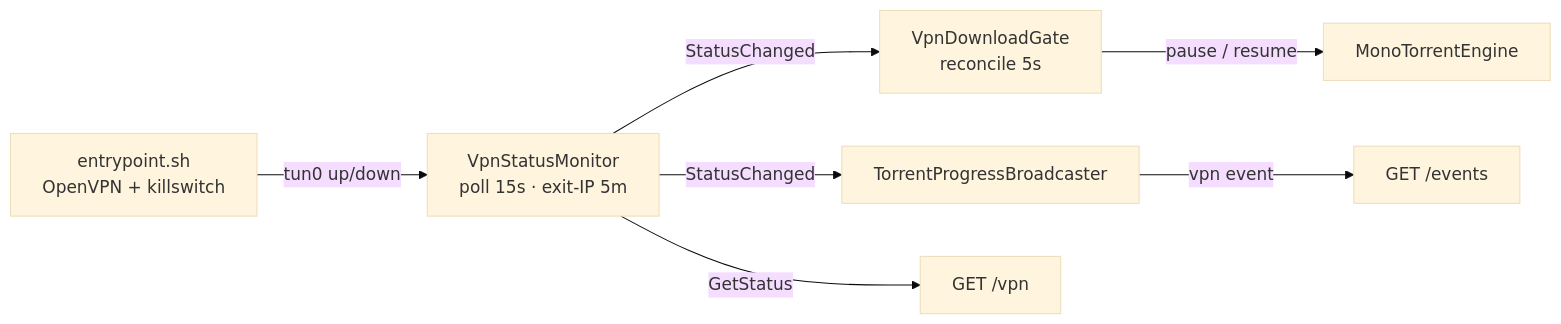
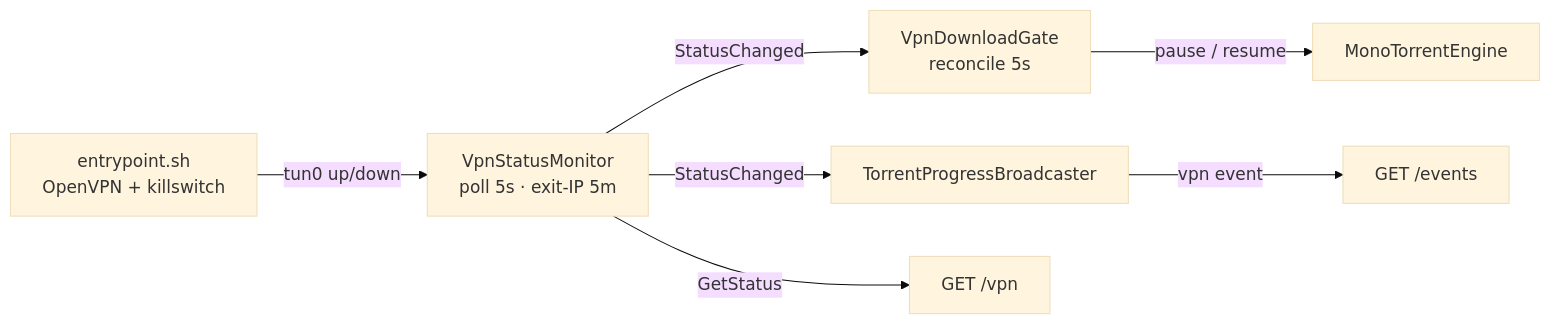
The diagram in docs/features/vpn-isolation/feature.md (alex-de-haas/torrent-engine), drawn with Mermaid (base theme) before and after one commit. The commit also changed other lines of this file and 11 other files, not shown here.

First line of the commit message:
fix(vpn): align the profile trust boundary, keep switches observable, refresh the exit IP

````diff
--- a/docs/features/vpn-isolation/feature.md
+++ b/docs/features/vpn-isolation/feature.md
@@ -170,9 +176,9 @@
 ```mermaid
 flowchart LR
-  KS["entrypoint.sh<br/>OpenVPN + killswitch"] -->|"tun0 up/down"| MON["VpnStatusMonitor<br/>poll 15s · exit-IP 5m"]
+  KS["entrypoint.sh<br/>OpenVPN + killswitch"] -->|"tun0 up/down"| MON["VpnStatusMonitor<br/>poll 5s · exit-IP 5m"]
   MON -->|StatusChanged| GATE["VpnDownloadGate<br/>reconcile 5s"]
   MON -->|StatusChanged| BCAST["TorrentProgressBroadcaster"]
   GATE -->|"pause / resume"| ENG["MonoTorrentEngine"]
   BCAST -->|"vpn event"| SSE["GET /events"]
   MON -->|GetStatus| VPNEP["GET /vpn"]
 ```
````
